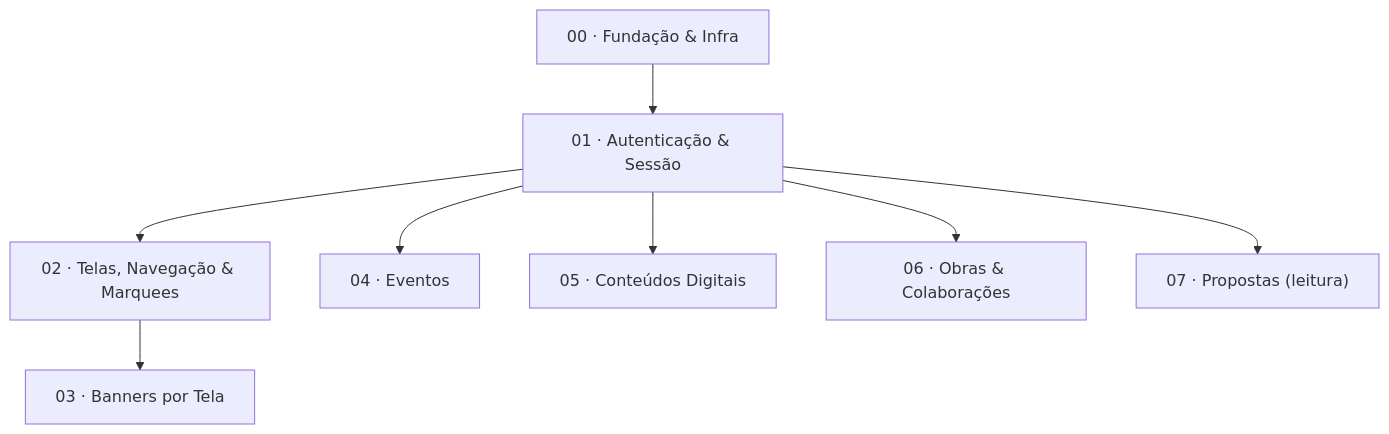
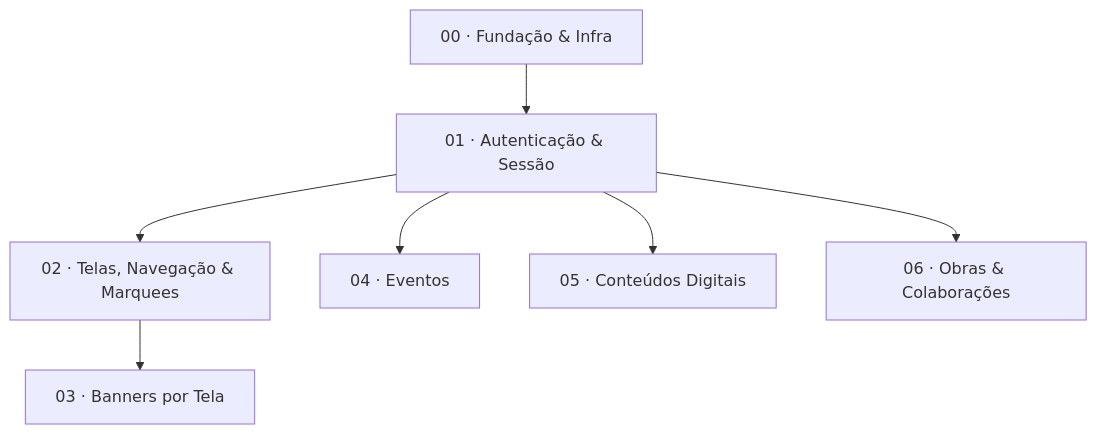
Before and after one commit to matheu5leone/karmaleoes-admin: the diagram in docs/superpowers/plans/README.md, drawn with Mermaid. The commit also changed other lines of this file and 24 other files, not shown here.

````diff
--- a/docs/superpowers/plans/README.md
+++ b/docs/superpowers/plans/README.md
@@ -13,10 +13,9 @@
 ```mermaid
 flowchart TD
     P00["00 · Fundação & Infra"] --> P01["01 · Autenticação & Sessão"]
     P01 --> P02["02 · Telas, Navegação & Marquees"]
     P02 --> P03["03 · Banners por Tela"]
     P01 --> P04["04 · Eventos"]
     P01 --> P05["05 · Conteúdos Digitais"]
     P01 --> P06["06 · Obras & Colaborações"]
-    P01 --> P07["07 · Propostas (leitura)"]
 ```
````
